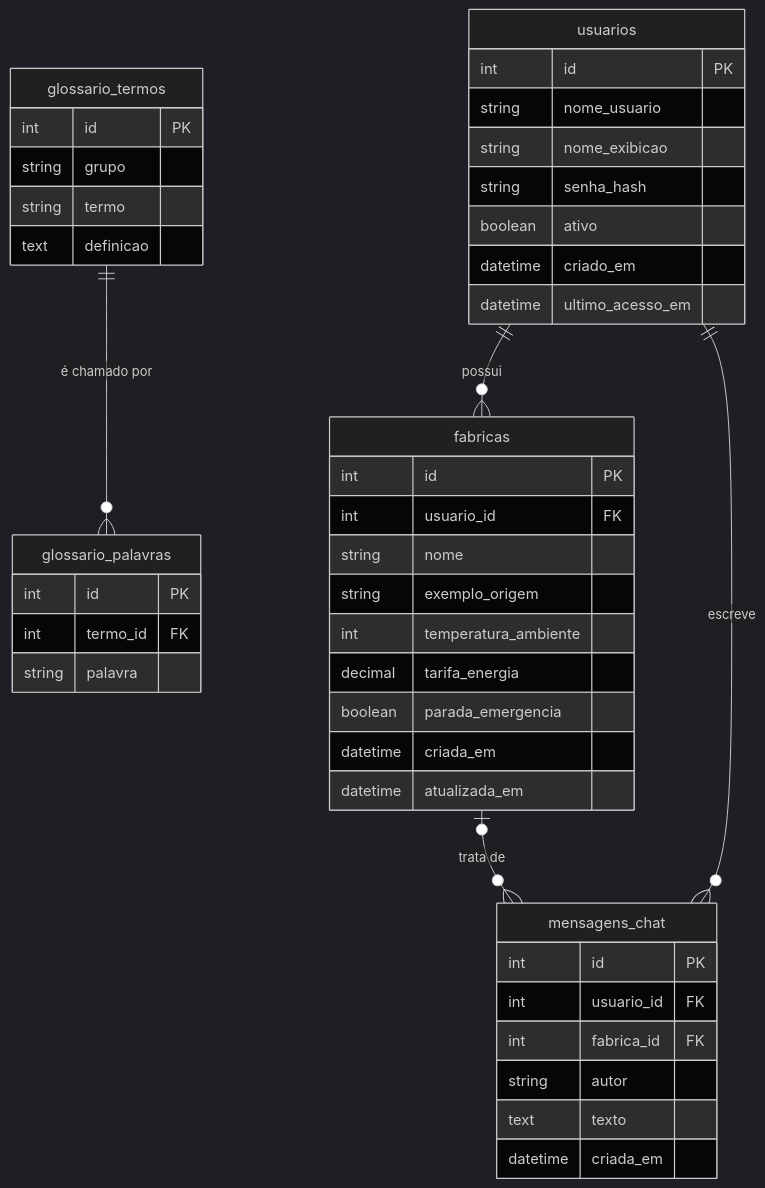
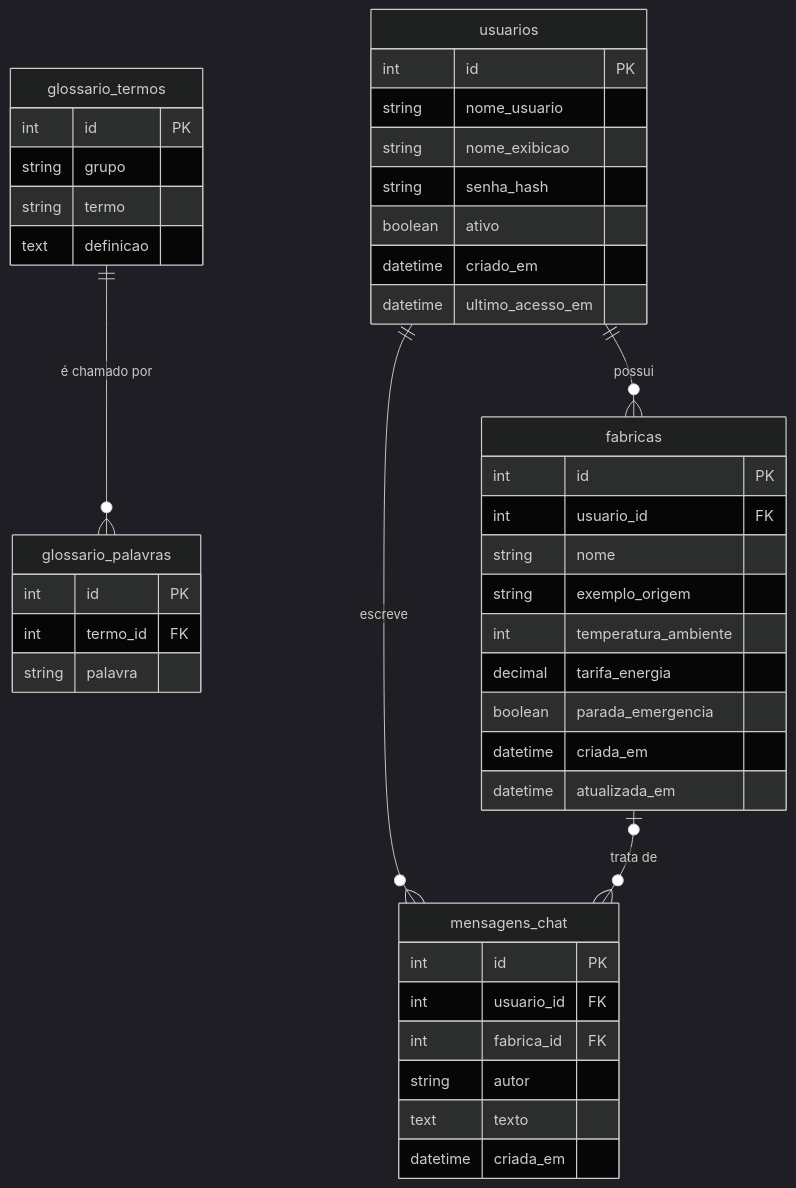
One commit to VictorRafaelDias/digital-twin-industrial changed the diagram in banco-de-dados/der/der_modulo_3.mmd. Above: the diagram before and after it, drawn with Mermaid (dark theme). The commit also changed other lines of this file and 11 other files, not shown here.

```diff
--- a/banco-de-dados/der/der_modulo_3.mmd
+++ b/banco-de-dados/der/der_modulo_3.mmd
@@ -1,44 +1,44 @@
 erDiagram
     glossario_termos {
         int id PK
         string grupo
         string termo
         text definicao
     }
     glossario_palavras {
         int id PK
         int termo_id FK
         string palavra
     }
     mensagens_chat {
         int id PK
         int usuario_id FK
         int fabrica_id FK
         string autor
         text texto
         datetime criada_em
     }
+    usuarios {
+        int id PK
+        string nome_usuario
+        string nome_exibicao
+        string senha_hash
+        boolean ativo
+        datetime criado_em
+        datetime ultimo_acesso_em
+    }
     fabricas {
         int id PK
         int usuario_id FK
         string nome
         string exemplo_origem
         int temperatura_ambiente
         decimal tarifa_energia
         boolean parada_emergencia
         datetime criada_em
         datetime atualizada_em
     }
-    usuarios {
-        int id PK
-        string nome_usuario
-        string nome_exibicao
-        string senha_hash
-        boolean ativo
-        datetime criado_em
-        datetime ultimo_acesso_em
-    }
     glossario_termos ||--o{ glossario_palavras : "é chamado por"
+    usuarios ||--o{ mensagens_chat : "escreve"
     fabricas |o--o{ mensagens_chat : "trata de"
-    usuarios ||--o{ mensagens_chat : "escreve"
     usuarios ||--o{ fabricas : "possui"
```
